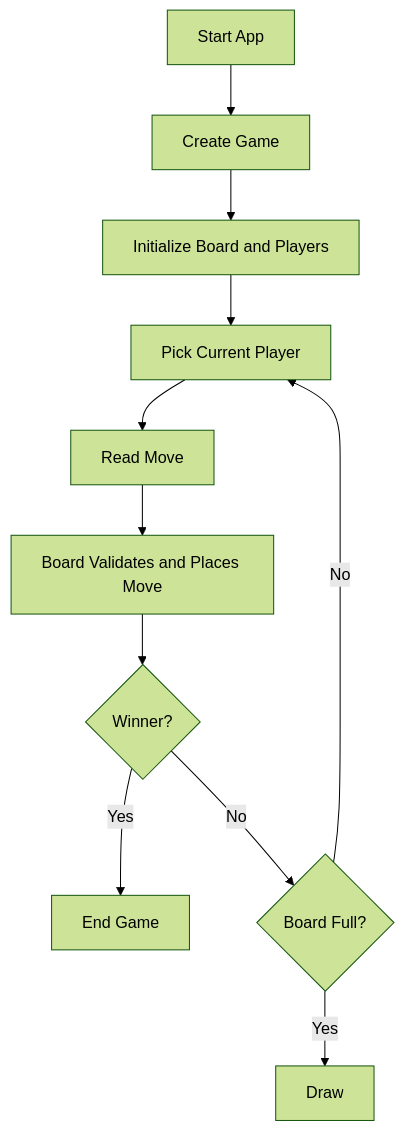
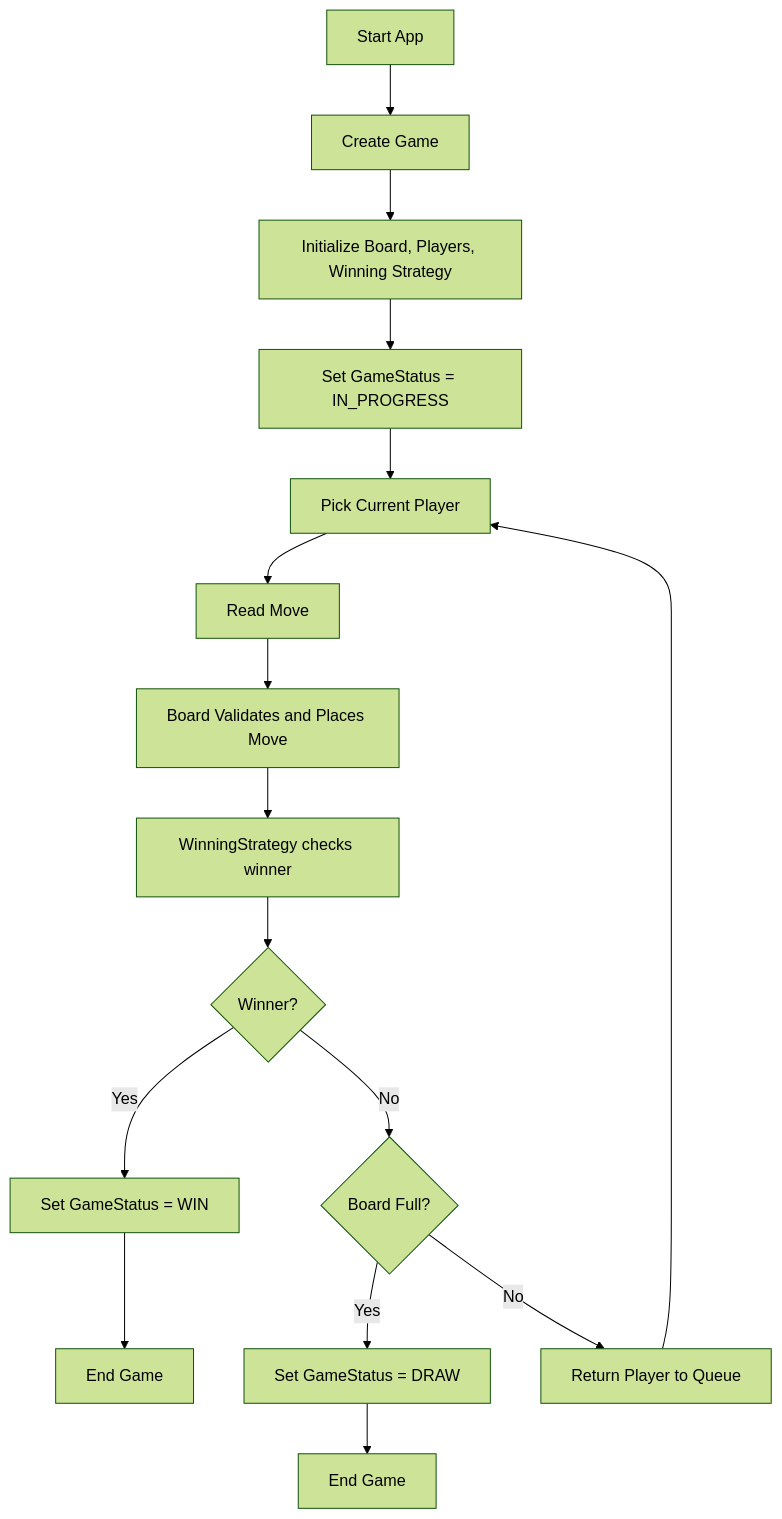
Before and after one commit to mcaupybugs/LLDQuestions: the second of 2 diagrams in TicTacToe/docs/architecture.md, drawn with Mermaid (forest theme). The commit also changed other lines of this file and 9 other files, not shown here.

````diff
--- a/TicTacToe/docs/architecture.md
+++ b/TicTacToe/docs/architecture.md
@@ -47,13 +85,18 @@
 ```mermaid
 flowchart TD
 	A[Start App] --> B[Create Game]
-	B --> C[Initialize Board and Players]
-	C --> D[Pick Current Player]
-	D --> E[Read Move]
-	E --> F[Board Validates and Places Move]
-	F --> G{Winner?}
-	G -- Yes --> H[End Game]
-	G -- No --> I{Board Full?}
-	I -- Yes --> J[Draw]
-	I -- No --> D
+	B --> C[Initialize Board, Players, Winning Strategy]
+	C --> D[Set GameStatus = IN_PROGRESS]
+	D --> E[Pick Current Player]
+	E --> F[Read Move]
+	F --> G[Board Validates and Places Move]
+	G --> H[WinningStrategy checks winner]
+	H --> I{Winner?}
+	I -- Yes --> J[Set GameStatus = WIN]
+	J --> K[End Game]
+	I -- No --> L{Board Full?}
+	L -- Yes --> M[Set GameStatus = DRAW]
+	M --> N[End Game]
+	L -- No --> O[Return Player to Queue]
+	O --> E
 ```
````
